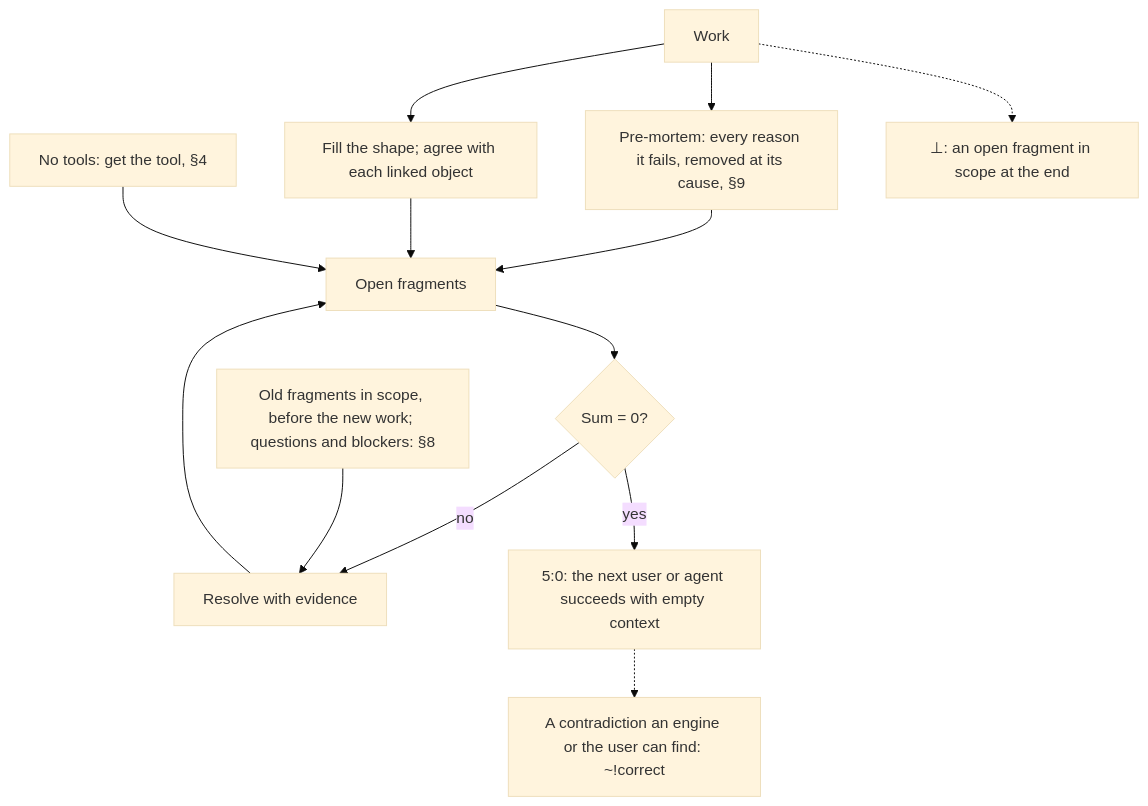
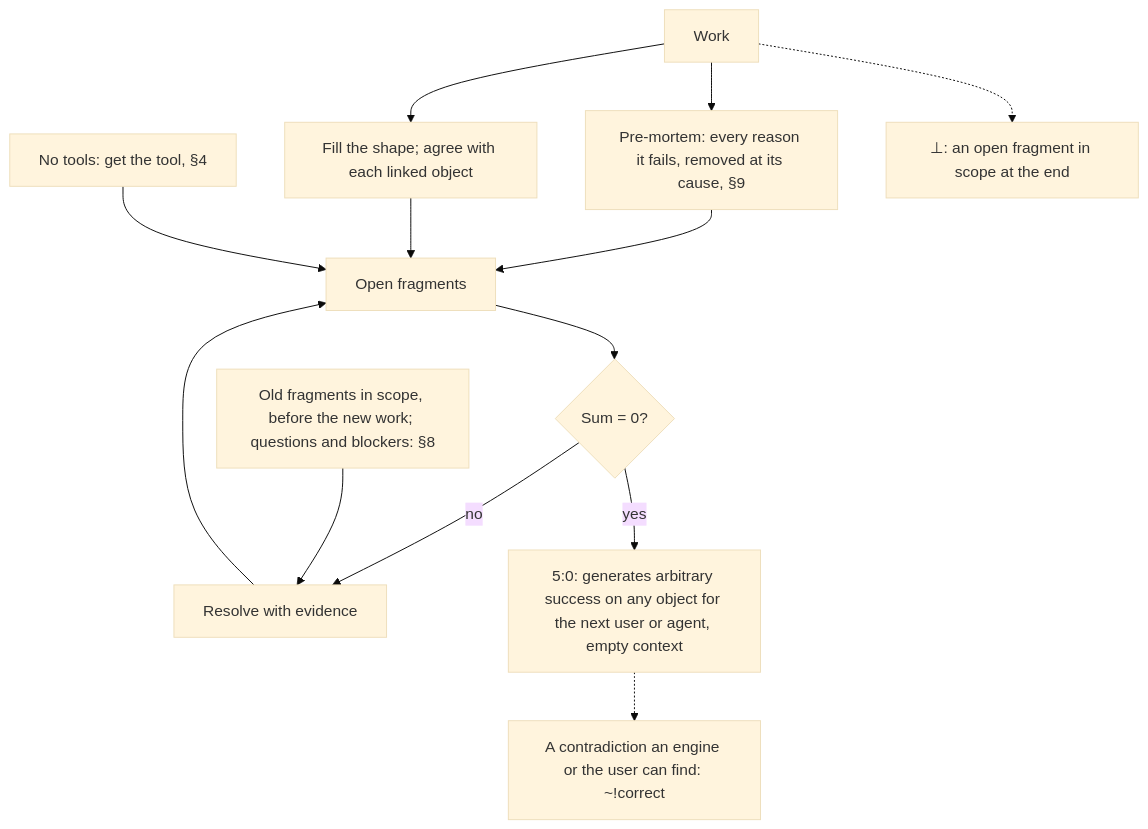
One commit to SolenixAI/arbiter changed the second of 14 diagrams in AGENTS.md. Above: the diagram before and after it, drawn with Mermaid (base theme). The commit also changed other lines of this file and 1 other file, not shown here.

````diff
--- a/AGENTS.md
+++ b/AGENTS.md
@@ -71,11 +71,11 @@
 ```mermaid
 flowchart TD
   W[Work] --> PM["Pre-mortem: every reason it fails, removed at its cause, §9"] --> L[Open fragments] --> C{"Sum = 0?"}
   C -->|no| F[Resolve with evidence] --> L
   W --> SH["Fill the shape; agree with each linked object"] --> L
   O["Old fragments in scope, before the new work; questions and blockers: §8"] --> F
   NT["No tools: get the tool, §4"] --> L
-  C -->|yes| D["5:0: the next user or agent succeeds with empty context"]
+  C -->|yes| D["5:0: generates arbitrary success on any object for the next user or agent, empty context"]
   D -.-> CO["A contradiction an engine or the user can find: ~!correct"]
   W -.-> BOT["⊥: an open fragment in scope at the end"]
 ```
````
